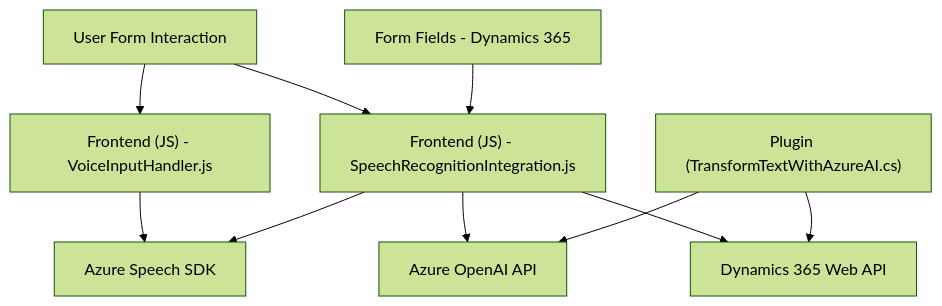
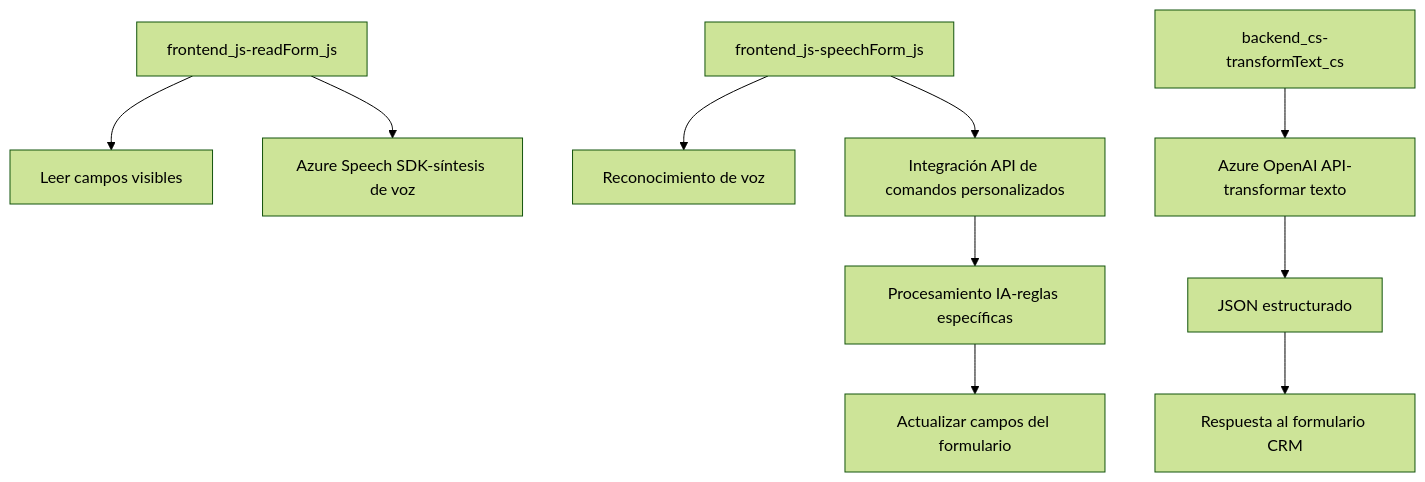
The diagram in README.md (blopezdm/NETCORE_BILBAO2025), drawn with Mermaid (forest theme) before and after one commit. The commit also changed other lines of this file, not shown here.

Commit message:
Actualizar análisis global de la solución con IA

````diff
--- a/README.md
+++ b/README.md
@@ -45,21 +41,12 @@
 ```mermaid
 graph TD
-    A["Frontend (JS) - VoiceInputHandler.js"]
-    B["Frontend (JS) - SpeechRecognitionIntegration.js"]
-    C["Plugin (TransformTextWithAzureAI.cs)"]
-    D["Azure Speech SDK"]
-    E["Azure OpenAI API"]
-    F["Dynamics 365 Web API"]
-    G["User Form Interaction"]
-    H["Form Fields - Dynamics 365"]
-
-    G --> A
-    G --> B
-    A --> D
-    B --> D
-    B --> E
-    B --> F
-    H --> B
-    C --> E
-    C --> F
+    A[frontend_js-readForm_js] --> B["Leer campos visibles"]
+    A --> C["Azure Speech SDK-síntesis de voz"]
+    D[frontend_js-speechForm_js] --> E["Reconocimiento de voz"]
+    D --> F["Integración API de comandos personalizados"]
+    F --> G["Procesamiento IA-reglas específicas"]
+    G --> H["Actualizar campos del formulario"]
+    I[backend_cs-transformText_cs] --> J["Azure OpenAI API-transformar texto"]
+    J --> K["JSON estructurado"]
+    K --> L["Respuesta al formulario CRM"]
 ```
````
